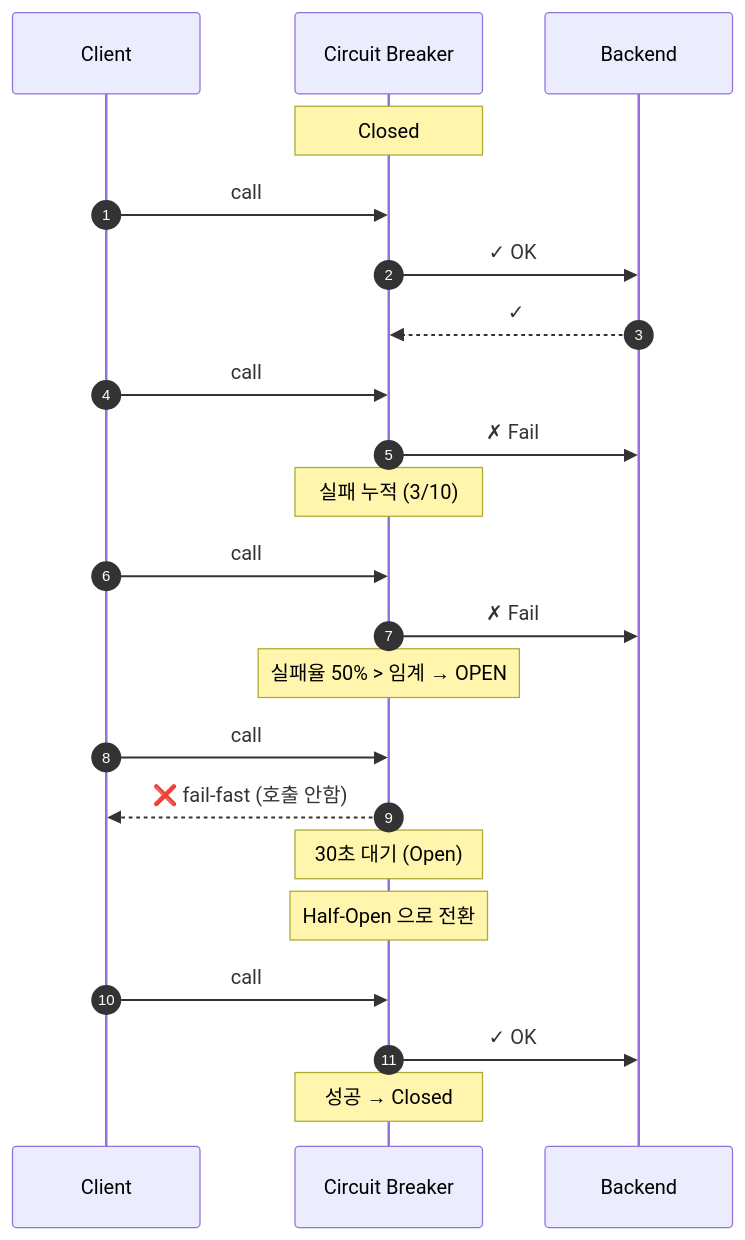
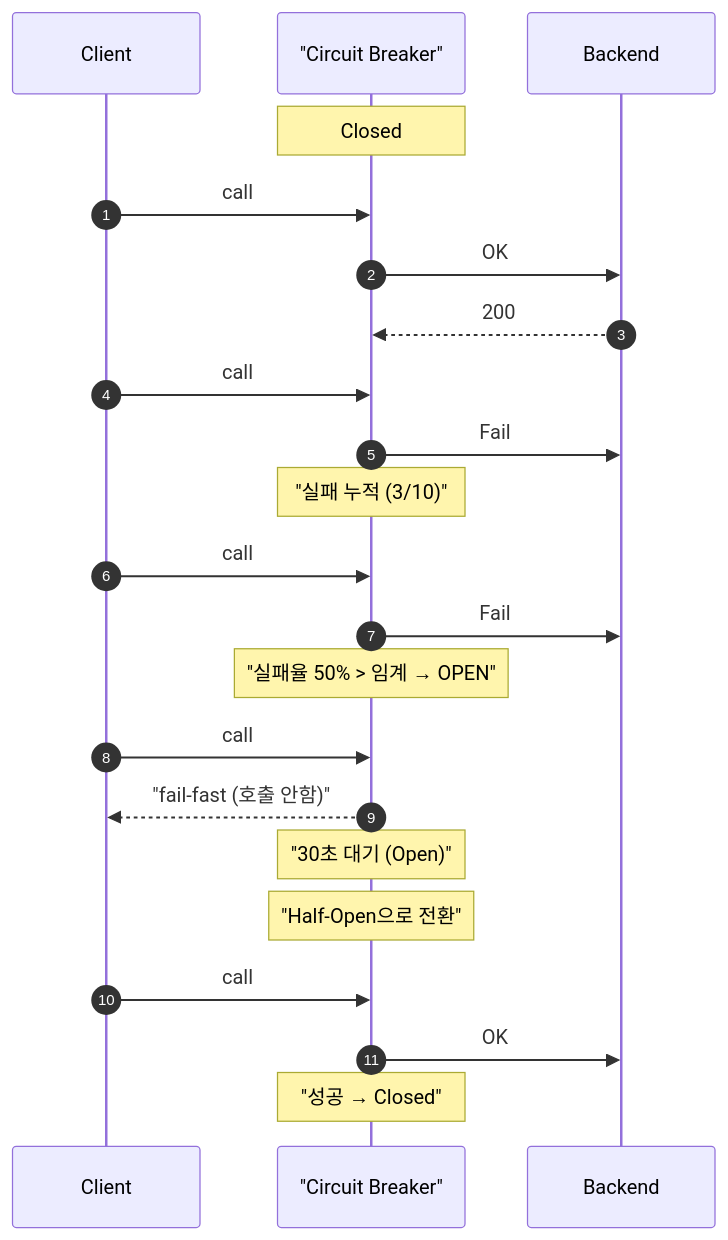
The second of 4 diagrams in src/content/wiki/concurrency/circuit-breaker.mdx (shinkeonkim/shinkeonkim.github.io), drawn with Mermaid before and after one commit. The commit also changed other lines of this file and 526 other files, not shown here.

First line of the commit message:
content(wiki): 전수조사 및 대규모 보강 (짧은 파일 0, mermaid +645)

````diff
--- a/src/content/wiki/concurrency/circuit-breaker.mdx
+++ b/src/content/wiki/concurrency/circuit-breaker.mdx
@@ -37,25 +41,25 @@
 ```mermaid
 sequenceDiagram
     autonumber
     participant Client
-    participant CB as Circuit Breaker
+    participant CB as "Circuit Breaker"
     participant Backend
 
     Note over CB: Closed
     Client->>CB: call
-    CB->>Backend: ✓ OK
-    Backend-->>CB: ✓
+    CB->>Backend: OK
+    Backend-->>CB: 200
     Client->>CB: call
-    CB->>Backend: ✗ Fail
-    Note over CB: 실패 누적 (3/10)
+    CB->>Backend: Fail
+    Note over CB: "실패 누적 (3/10)"
     Client->>CB: call
-    CB->>Backend: ✗ Fail
-    Note over CB: 실패율 50% > 임계 → OPEN
+    CB->>Backend: Fail
+    Note over CB: "실패율 50% > 임계 → OPEN"
     Client->>CB: call
-    CB-->>Client: ❌ fail-fast (호출 안함)
-    Note over CB: 30초 대기 (Open)
-    Note over CB: Half-Open 으로 전환
+    CB-->>Client: "fail-fast (호출 안함)"
+    Note over CB: "30초 대기 (Open)"
+    Note over CB: "Half-Open으로 전환"
     Client->>CB: call
-    CB->>Backend: ✓ OK
-    Note over CB: 성공 → Closed
+    CB->>Backend: OK
+    Note over CB: "성공 → Closed"
 ```
````
